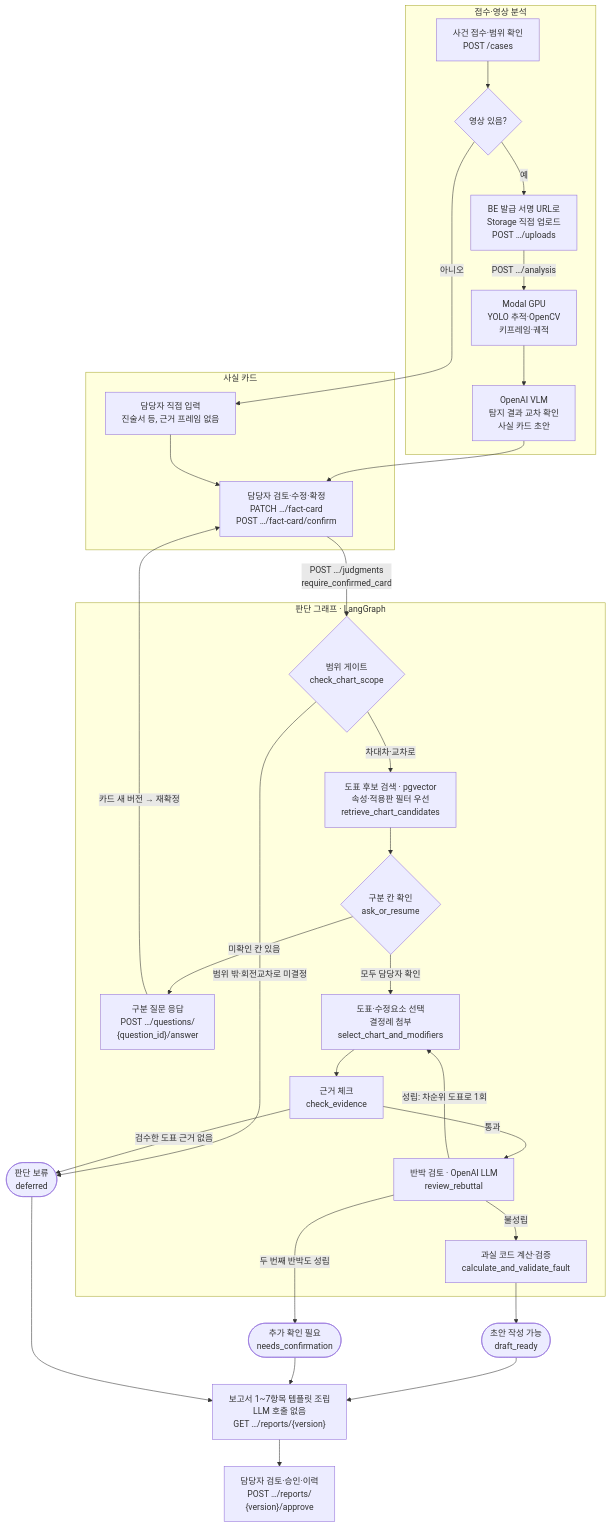
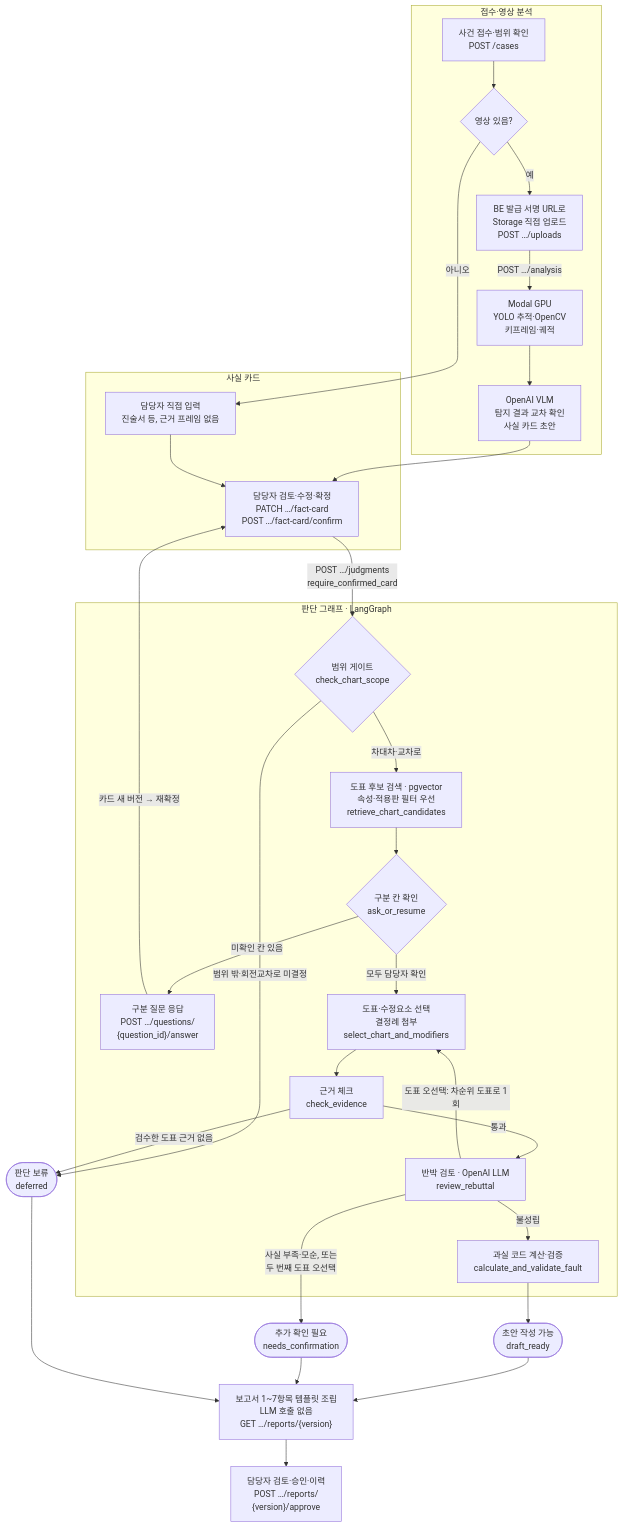
Before and after one commit to Ok-Muncheol/ok-muncheol-be: the diagram in README.md, drawn with Mermaid. The commit also changed other lines of this file and 4 other files, not shown here.

First line of the commit message:
[FIX] 반박 검토 결과를 종류로 나눠 도표 오선택만 차순위 도표로 재실행한다 (#38)

````diff
--- a/README.md
+++ b/README.md
@@ -61,50 +61,50 @@
 ```mermaid
 flowchart TD
     subgraph INTAKE["접수·영상 분석"]
         A["사건 접수·범위 확인<br/>POST /cases"] --> B{영상 있음?}
         B -->|예| C["BE 발급 서명 URL로<br/>Storage 직접 업로드<br/>POST …/uploads"]
         C -->|"POST …/analysis"| D["Modal GPU<br/>YOLO 추적·OpenCV<br/>키프레임·궤적"]
         D --> E["OpenAI VLM<br/>탐지 결과 교차 확인<br/>사실 카드 초안"]
     end
 
     subgraph CARD["사실 카드"]
         F["담당자 직접 입력<br/>진술서 등, 근거 프레임 없음"]
         G["담당자 검토·수정·확정<br/>PATCH …/fact-card<br/>POST …/fact-card/confirm"]
     end
 
     B -->|아니오| F
     E --> G
     F --> G
 
     subgraph JUDGE["판단 그래프 · LangGraph"]
         H{"범위 게이트<br/>check_chart_scope"}
         I["도표 후보 검색 · pgvector<br/>속성·적용판 필터 우선<br/>retrieve_chart_candidates"]
         J{"구분 칸 확인<br/>ask_or_resume"}
         K["구분 질문 응답<br/>POST …/questions/<br/>{question_id}/answer"]
         L["도표·수정요소 선택<br/>결정례 첨부<br/>select_chart_and_modifiers"]
         M["근거 체크<br/>check_evidence"]
         N["반박 검토 · OpenAI LLM<br/>review_rebuttal"]
         O["과실 코드 계산·검증<br/>calculate_and_validate_fault"]
         H -->|차대차·교차로| I --> J
         J -->|미확인 칸 있음| K
         J -->|모두 담당자 확인| L --> M
         M -->|통과| N
         N -->|불성립| O
-        N -->|"성립: 차순위 도표로 1회"| L
+        N -->|"도표 오선택: 차순위 도표로 1회"| L
     end
 
     G -->|"POST …/judgments<br/>require_confirmed_card"| H
     K -->|"카드 새 버전 → 재확정"| G
 
     R1(["초안 작성 가능<br/>draft_ready"])
     R2(["추가 확인 필요<br/>needs_confirmation"])
     R3(["판단 보류<br/>deferred"])
 
     H -->|"범위 밖·회전교차로 미결정"| R3
     M -->|"검수한 도표 근거 없음"| R3
-    N -->|"두 번째 반박도 성립"| R2
+    N -->|"사실 부족·모순, 또는<br/>두 번째 도표 오선택"| R2
     O --> R1
 
     R1 & R2 & R3 --> S["보고서 1~7항목 템플릿 조립<br/>LLM 호출 없음<br/>GET …/reports/{version}"]
     S --> T["담당자 검토·승인·이력<br/>POST …/reports/<br/>{version}/approve"]
 ```
````
